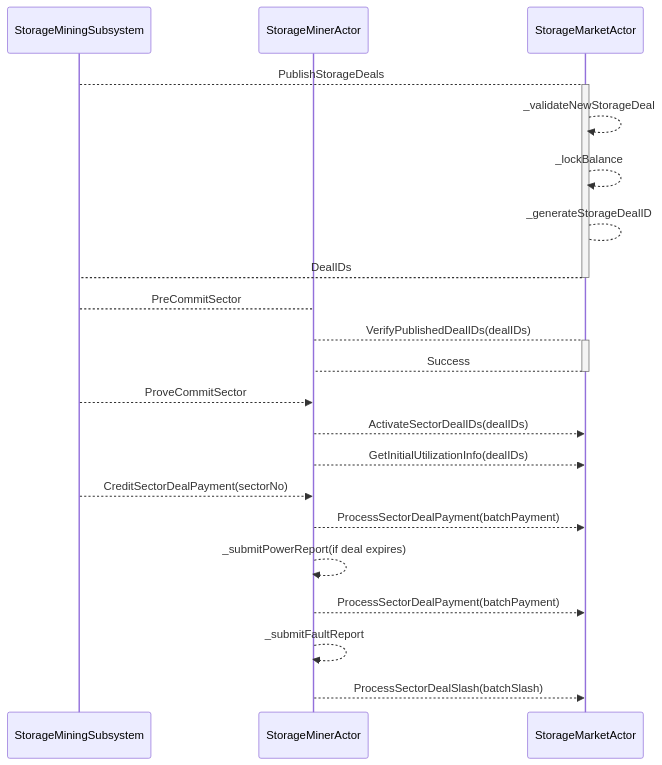
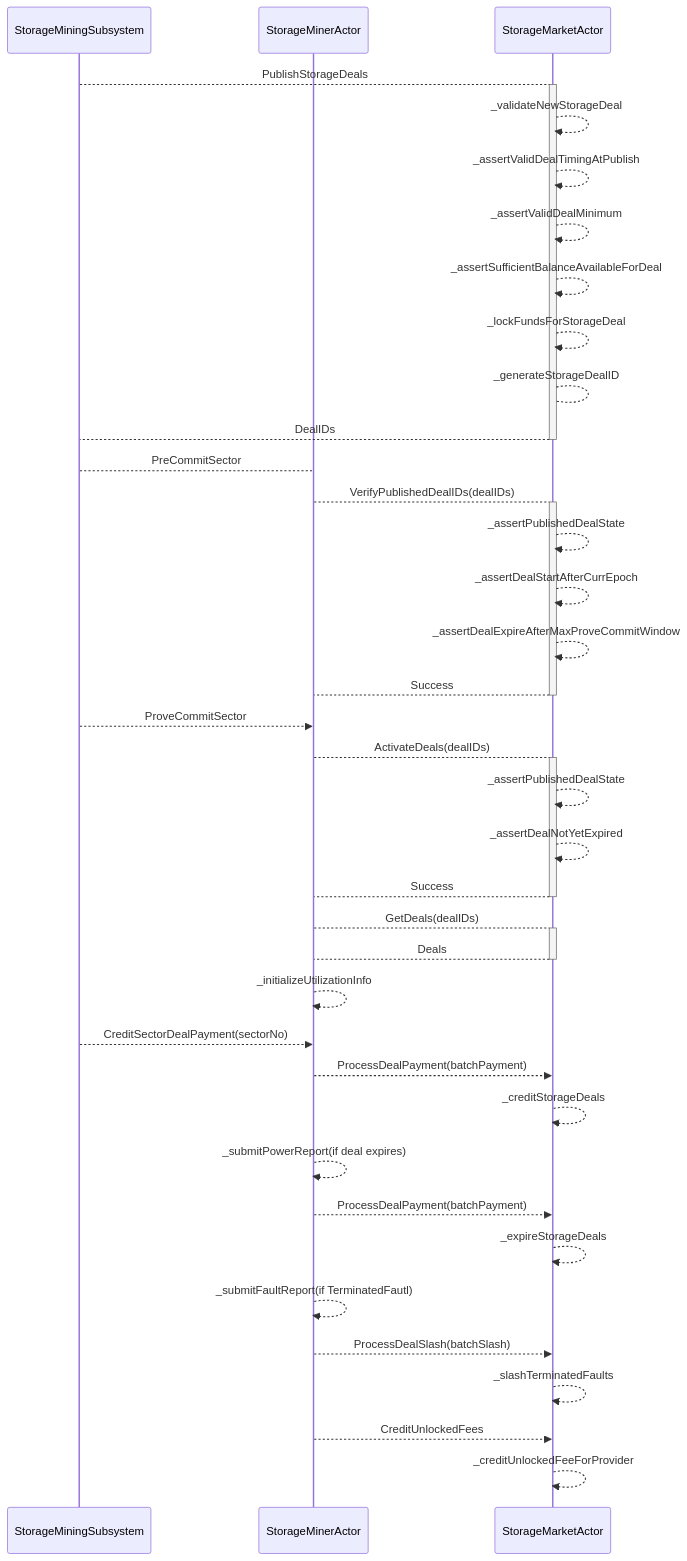
The diagram in src/systems/filecoin_markets/deal/diagrams/deal-payment.mmd (filecoin-project/specs), drawn with Mermaid before and after one commit. The commit also changed 2 other files, not shown here.

Commit message:
update mermaid

```diff
--- a/src/systems/filecoin_markets/deal/diagrams/deal-payment.mmd
+++ b/src/systems/filecoin_markets/deal/diagrams/deal-payment.mmd
@@ -1,22 +1,37 @@
 sequenceDiagram
 participant StorageMiningSubsystem
 participant StorageMinerActor
 participant StorageMarketActor
 StorageMiningSubsystem -->+ StorageMarketActor: PublishStorageDeals
 StorageMarketActor -->> StorageMarketActor: _validateNewStorageDeal
-StorageMarketActor -->> StorageMarketActor: _lockBalance
+StorageMarketActor -->> StorageMarketActor: _assertValidDealTimingAtPublish
+StorageMarketActor -->> StorageMarketActor: _assertValidDealMinimum
+StorageMarketActor -->> StorageMarketActor: _assertSufficientBalanceAvailableForDeal
+StorageMarketActor -->> StorageMarketActor: _lockFundsForStorageDeal
 StorageMarketActor --> StorageMarketActor: _generateStorageDealID
 StorageMarketActor -->- StorageMiningSubsystem: DealIDs
 StorageMiningSubsystem --> StorageMinerActor: PreCommitSector
 StorageMinerActor -->+ StorageMarketActor: VerifyPublishedDealIDs(dealIDs)
+StorageMarketActor -->> StorageMarketActor: _assertPublishedDealState
+StorageMarketActor -->> StorageMarketActor: _assertDealStartAfterCurrEpoch
+StorageMarketActor -->> StorageMarketActor: _assertDealExpireAfterMaxProveCommitWindow
 StorageMarketActor -->- StorageMinerActor: Success
-
 StorageMiningSubsystem -->> StorageMinerActor: ProveCommitSector
-StorageMinerActor -->> StorageMarketActor: ActivateSectorDealIDs(dealIDs)
-StorageMinerActor -->> StorageMarketActor: GetInitialUtilizationInfo(dealIDs)
+StorageMinerActor -->+ StorageMarketActor: ActivateDeals(dealIDs)
+StorageMarketActor -->> StorageMarketActor: _assertPublishedDealState
+StorageMarketActor -->> StorageMarketActor: _assertDealNotYetExpired
+StorageMarketActor -->- StorageMinerActor: Success
+StorageMinerActor -->+ StorageMarketActor: GetDeals(dealIDs)
+StorageMarketActor -->- StorageMinerActor: Deals
+StorageMinerActor -->> StorageMinerActor: _initializeUtilizationInfo
 StorageMiningSubsystem -->> StorageMinerActor: CreditSectorDealPayment(sectorNo)
-StorageMinerActor -->> StorageMarketActor: ProcessSectorDealPayment(batchPayment)
+StorageMinerActor -->> StorageMarketActor: ProcessDealPayment(batchPayment)
+StorageMarketActor -->> StorageMarketActor: _creditStorageDeals
 StorageMinerActor -->> StorageMinerActor: _submitPowerReport(if deal expires)
-StorageMinerActor -->> StorageMarketActor: ProcessSectorDealPayment(batchPayment)
-StorageMinerActor -->> StorageMinerActor: _submitFaultReport
-StorageMinerActor -->> StorageMarketActor: ProcessSectorDealSlash(batchSlash)
+StorageMinerActor -->> StorageMarketActor: ProcessDealPayment(batchPayment)
+StorageMarketActor -->> StorageMarketActor: _expireStorageDeals
+StorageMinerActor -->> StorageMinerActor: _submitFaultReport(if TerminatedFautl)
+StorageMinerActor -->> StorageMarketActor: ProcessDealSlash(batchSlash)
+StorageMarketActor -->> StorageMarketActor: _slashTerminatedFaults
+StorageMinerActor -->> StorageMarketActor: CreditUnlockedFees
+StorageMarketActor -->> StorageMarketActor: _creditUnlockedFeeForProvider
```
